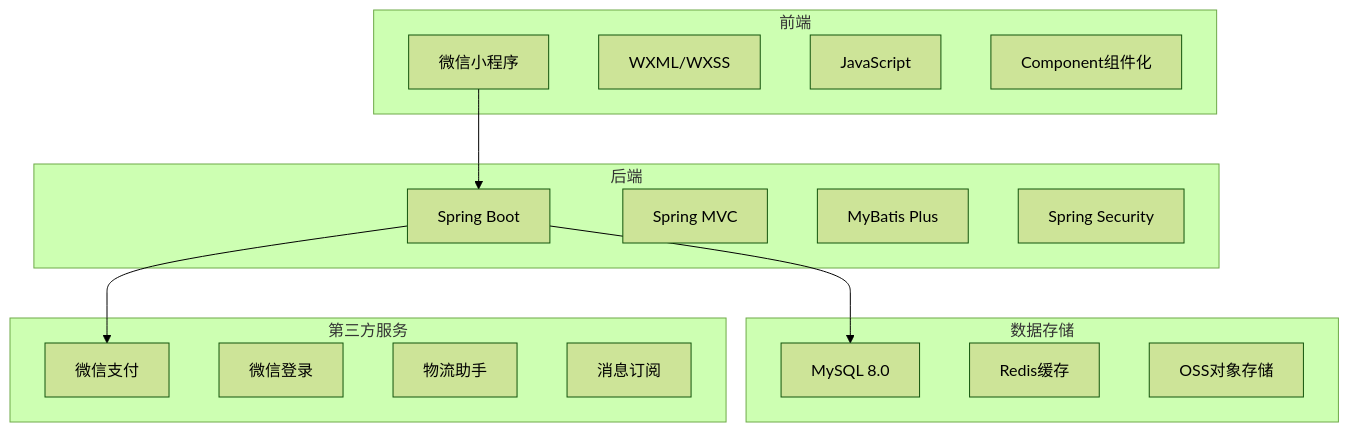
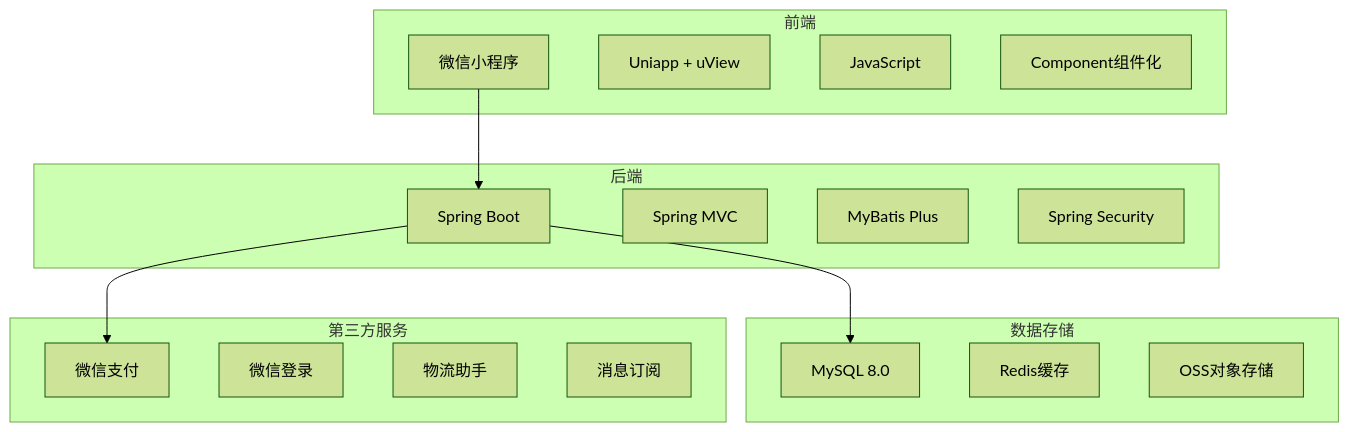
One commit to wangyang-tpri/seedingEasyBuy changed diagram 19 of 22 in demand.md. Above: the diagram before and after it, drawn with Mermaid (forest theme). The commit also changed other lines of this file and 1 other file, not shown here.

````diff
--- a/demand.md
+++ b/demand.md
@@ -1114,33 +1111,33 @@
 ```mermaid
 graph TB
     subgraph 前端
         A[微信小程序]
-        A1[WXML/WXSS]
+        A1[Uniapp + uView]
         A2[JavaScript]
         A3[Component组件化]
     end
     
     subgraph 后端
         B[Spring Boot]
         B1[Spring MVC]
         B2[MyBatis Plus]
         B3[Spring Security]
     end
     
     subgraph 数据存储
         C[MySQL 8.0]
         C1[Redis缓存]
         C2[OSS对象存储]
     end
     
     subgraph 第三方服务
         D[微信支付]
         D1[微信登录]
         D2[物流助手]
         D3[消息订阅]
     end
     
     A --> B
     B --> C
     B --> D
 ```
````
